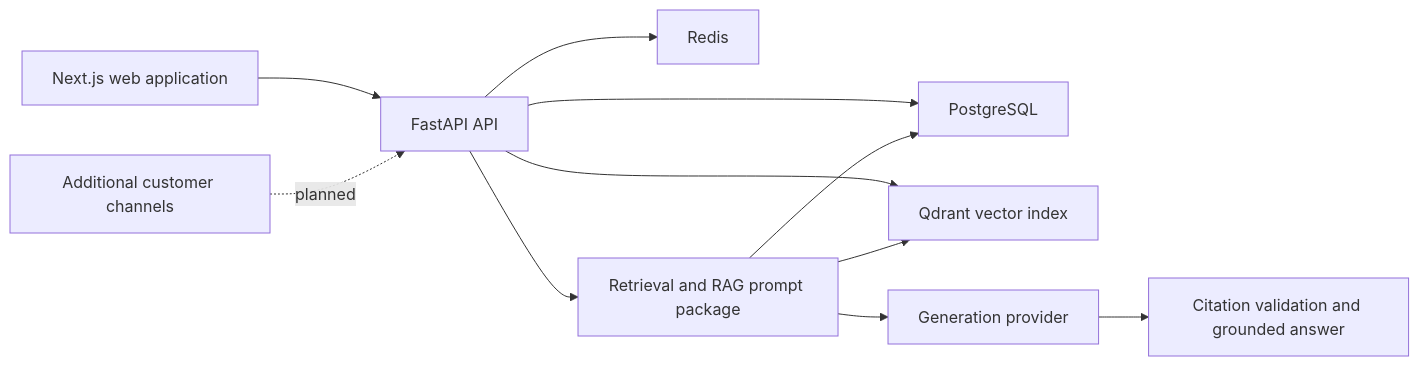
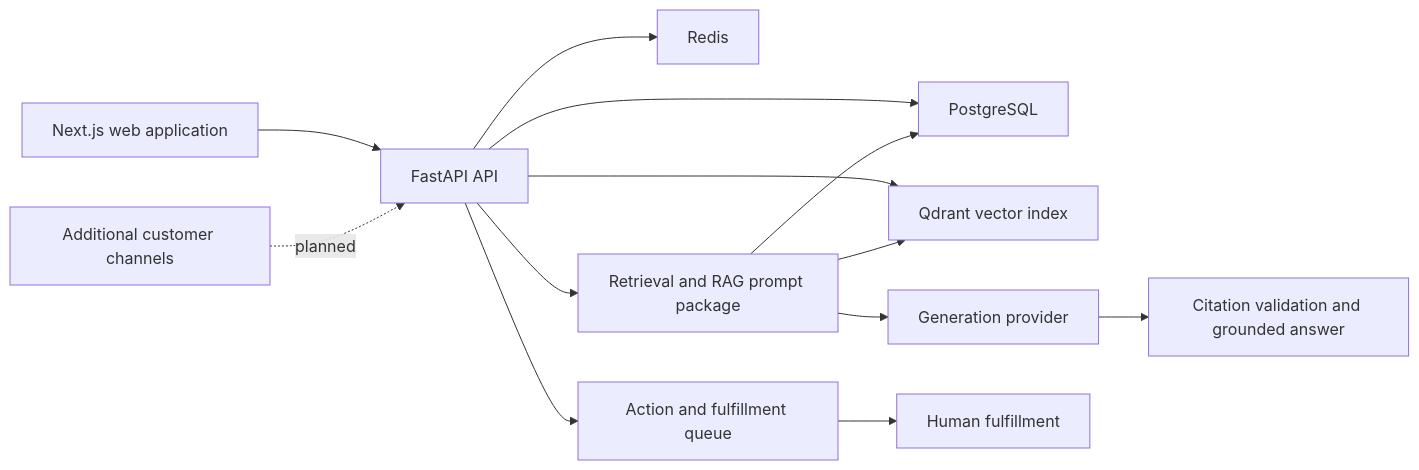
Before and after one commit to nontawatpoonkong/oneinflowai-platform: the diagram in README.md, drawn with Mermaid. The commit also changed other lines of this file and 13 other files, not shown here.

Commit message:
feat(actions): add fulfillment queue

````diff
--- a/README.md
+++ b/README.md
@@ -11,13 +11,15 @@
 ```mermaid
 flowchart LR
     UI["Next.js web application"] --> API["FastAPI API"]
     API --> PG["PostgreSQL"]
     API --> Redis["Redis"]
     API --> Qdrant["Qdrant vector index"]
     API --> RAG["Retrieval and RAG prompt package"]
     RAG --> Qdrant
     RAG --> PG
     RAG --> LLM["Generation provider"]
     LLM --> Validation["Citation validation and grounded answer"]
+    API --> Queue["Action and fulfillment queue"]
+    Queue --> Staff["Human fulfillment"]
     Channels["Additional customer channels"] -. "planned" .-> API
 ```
````
